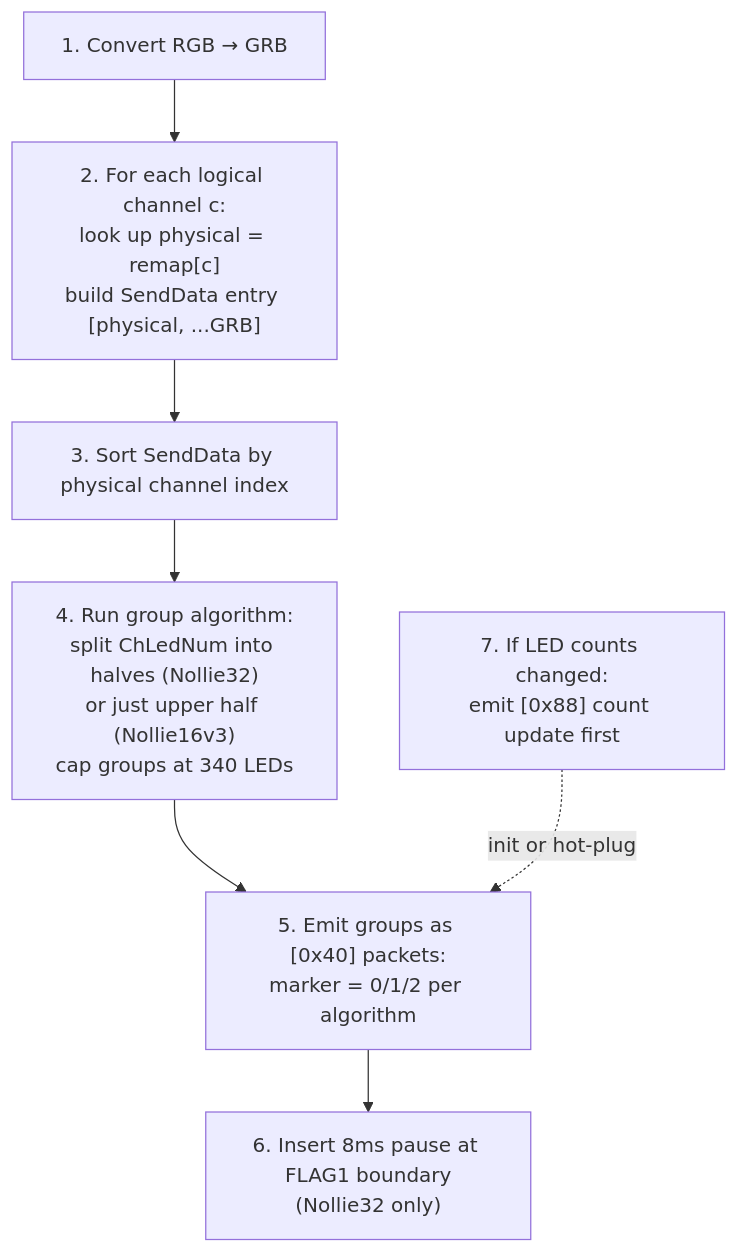
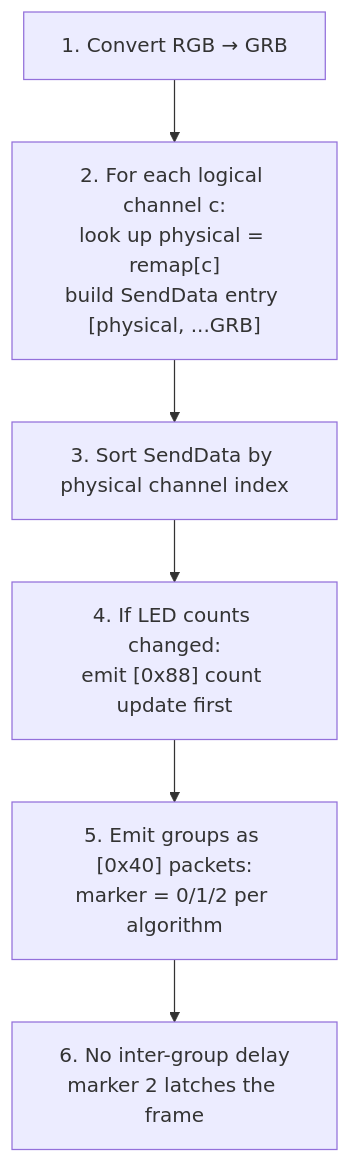
The second of 3 diagrams in docs/specs/45-nollie-protocol-driver.md (hyperb1iss/hypercolor), drawn with Mermaid before and after one commit. The commit also changed other lines of this file, not shown here.

First line of the commit message:
docs(nollie): align protocol spec with implementation

````diff
--- a/docs/specs/45-nollie-protocol-driver.md
+++ b/docs/specs/45-nollie-protocol-driver.md
@@ -800,12 +752,10 @@
 ```mermaid
 graph TD
     S1["1. Convert RGB → GRB"]
     S2["2. For each logical channel c:<br/>look up physical = remap[c]<br/>build SendData entry [physical, ...GRB]"]
     S3["3. Sort SendData by physical channel index"]
-    S4["4. Run group algorithm:<br/>split ChLedNum into halves (Nollie32)<br/>or just upper half (Nollie16v3)<br/>cap groups at 340 LEDs"]
+    S4["4. If LED counts changed:<br/>emit [0x88] count update first"]
     S5["5. Emit groups as [0x40] packets:<br/>marker = 0/1/2 per algorithm"]
-    S6["6. Insert 8ms pause at FLAG1 boundary<br/>(Nollie32 only)"]
-    S7["7. If LED counts changed:<br/>emit [0x88] count update first"]
+    S6["6. No inter-group delay<br/>marker 2 latches the frame"]
     S1 --> S2 --> S3 --> S4 --> S5 --> S6
-    S7 -.->|init or hot-plug| S5
 ```
````
